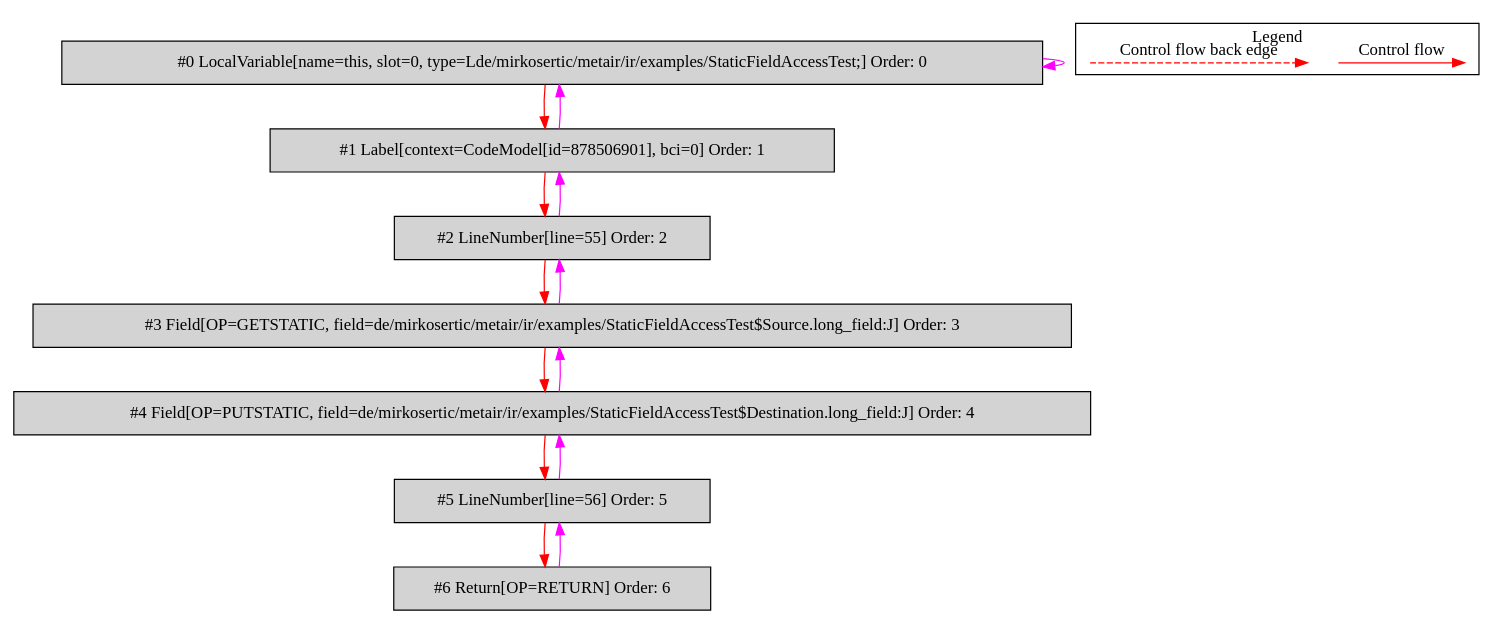
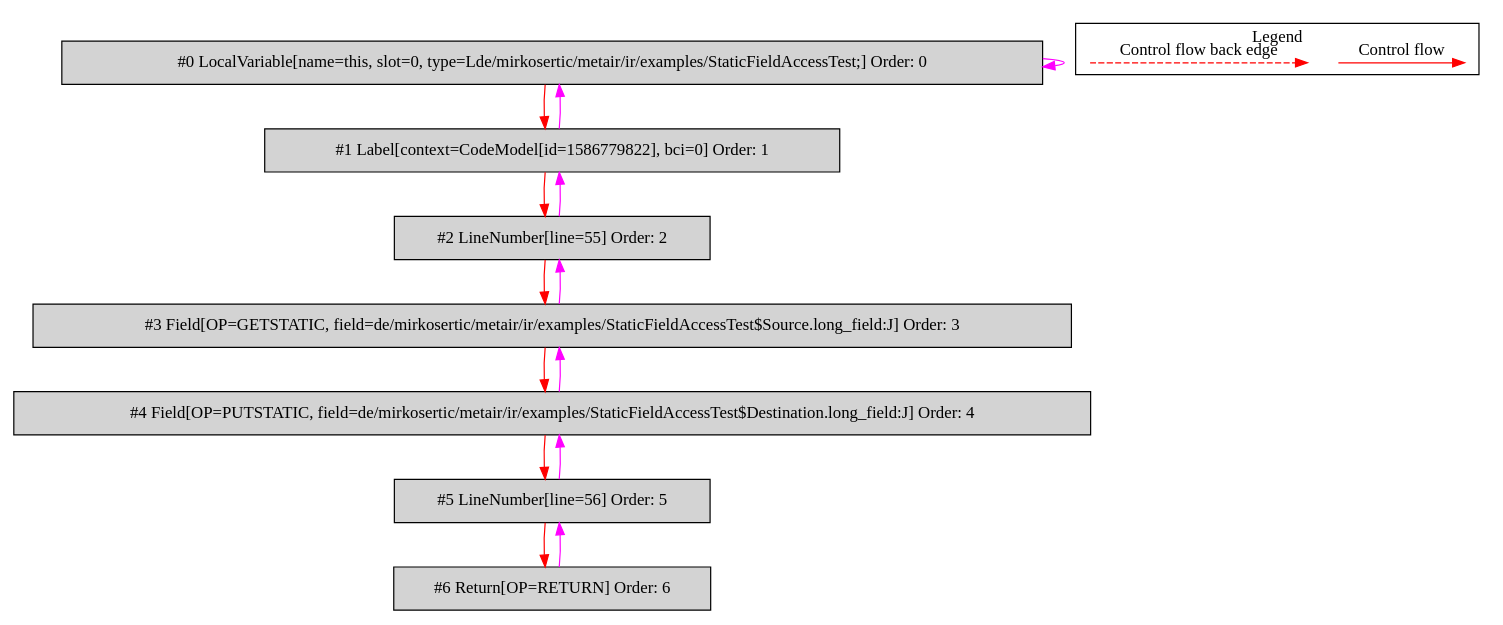
Before and after one commit to mirkosertic/MetaIR: the diagram in de.mirkosertic.metair.ir.examples.StaticFieldAccessTest/copy_long/bytecodecfg.dot, drawn with Graphviz. The commit also changed 1222 other files, not shown here.

```diff
--- a/de.mirkosertic.metair.ir.examples.StaticFieldAccessTest/copy_long/bytecodecfg.dot
+++ b/de.mirkosertic.metair.ir.examples.StaticFieldAccessTest/copy_long/bytecodecfg.dot
@@ -1,37 +1,37 @@
 digraph {
  ordering="in";
  node0[label="#0 LocalVariable[name=this, slot=0, type=Lde/mirkosertic/metair/ir/examples/StaticFieldAccessTest;] Order: 0", shape=box, fillcolor=lightgrey, style=filled];
- node1[label="#1 Label[context=CodeModel[id=878506901], bci=0] Order: 1", shape=box, fillcolor=lightgrey, style=filled];
+ node1[label="#1 Label[context=CodeModel[id=1586779822], bci=0] Order: 1", shape=box, fillcolor=lightgrey, style=filled];
  node2[label="#2 LineNumber[line=55] Order: 2", shape=box, fillcolor=lightgrey, style=filled];
  node3[label="#3 Field[OP=GETSTATIC, field=de/mirkosertic/metair/ir/examples/StaticFieldAccessTest$Source.long_field:J] Order: 3", shape=box, fillcolor=lightgrey, style=filled];
  node4[label="#4 Field[OP=PUTSTATIC, field=de/mirkosertic/metair/ir/examples/StaticFieldAccessTest$Destination.long_field:J] Order: 4", shape=box, fillcolor=lightgrey, style=filled];
  node5[label="#5 LineNumber[line=56] Order: 5", shape=box, fillcolor=lightgrey, style=filled];
  node6[label="#6 Return[OP=RETURN] Order: 6", shape=box, fillcolor=lightgrey, style=filled];
  node0 -> node0[color=fuchsia];
  node0 -> node1[color=red];
  node1 -> node0[color=fuchsia];
  node1 -> node2[color=red];
  node2 -> node1[color=fuchsia];
  node2 -> node3[color=red];
  node3 -> node2[color=fuchsia];
  node3 -> node4[color=red];
  node4 -> node3[color=fuchsia];
  node4 -> node5[color=red];
  node5 -> node4[color=fuchsia];
  node5 -> node6[color=red];
  node6 -> node5[color=fuchsia];
  subgraph cluster_000 {
   label = "Legend";
   node [shape=point]
   {
    rank=same;
    c0 [style = invis];
    c1 [style = invis];
    c2 [style = invis];
    c3 [style = invis];
   }
   c0 -> c1 [label="Control flow", style=solid, color=red]
   c2 -> c3 [label="Control flow back edge", style=dashed, color=red]
  }
 
 }
```
